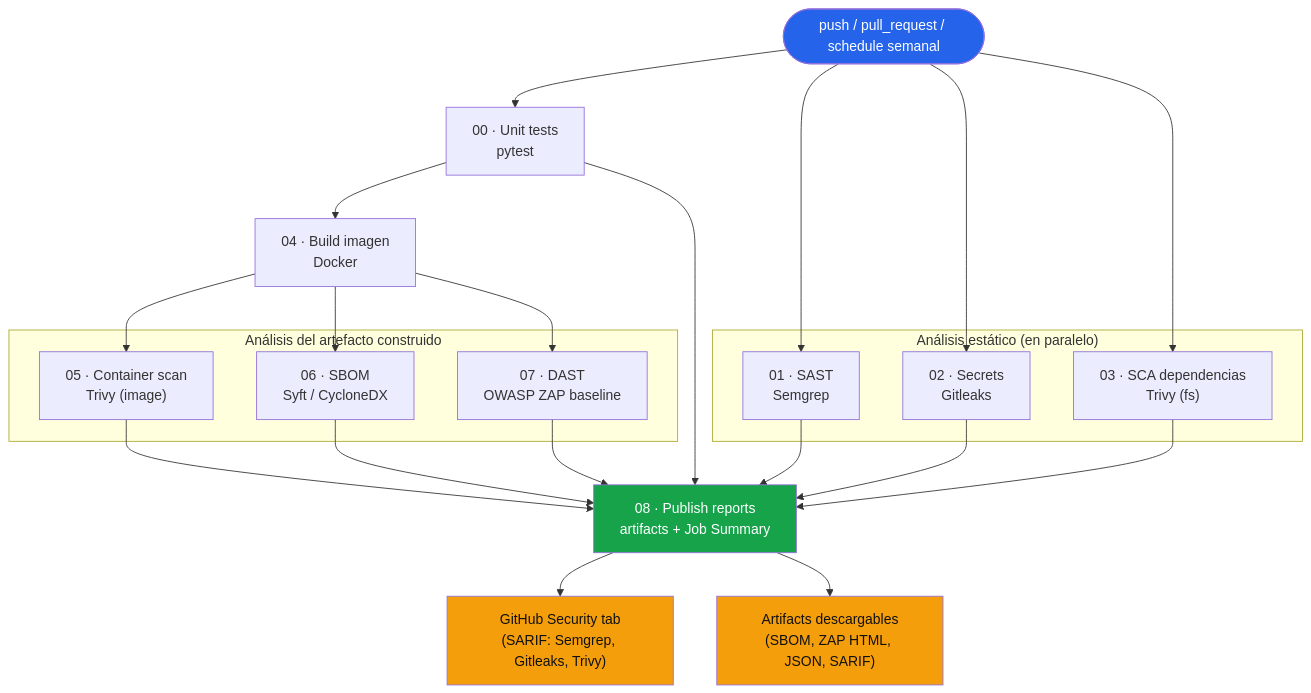
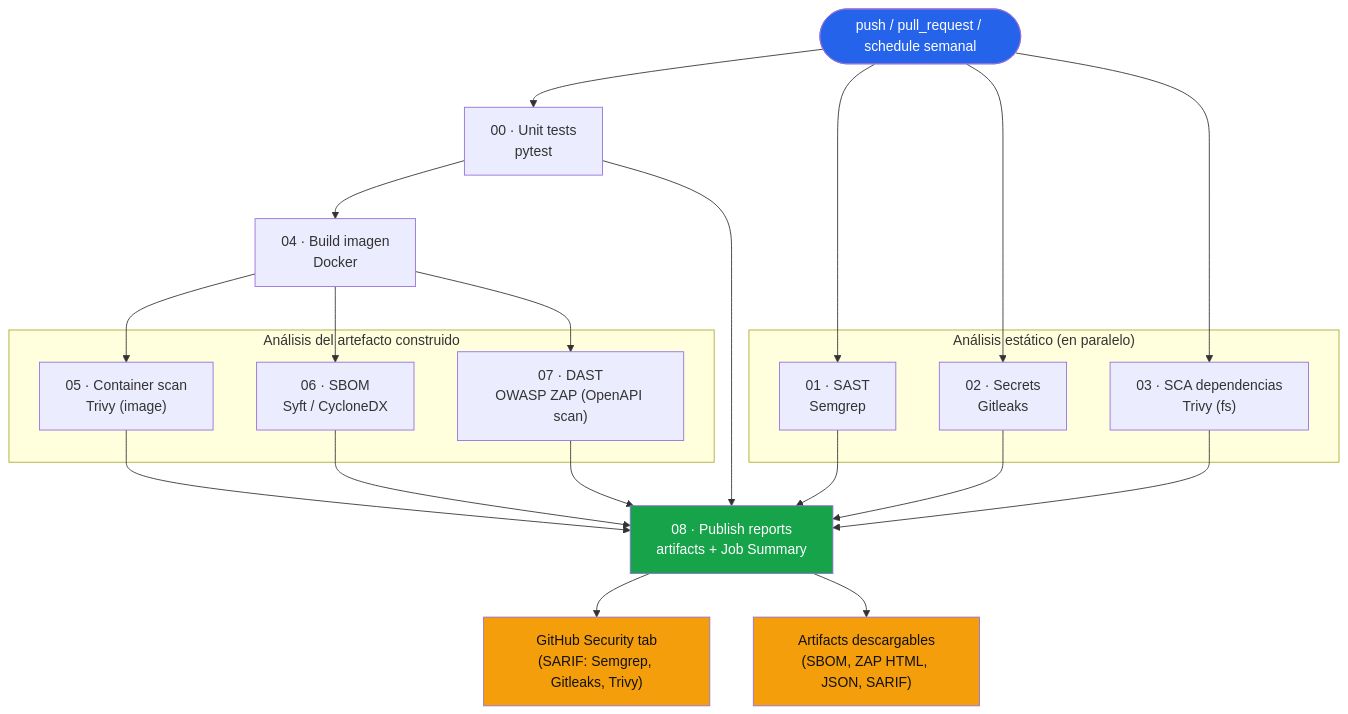
Before and after one commit to 108M/Pipeline-DevSecOps: the diagram in README.md, drawn with Mermaid. The commit also changed other lines of this file and 8 other files, not shown here.

Commit message:
fix(ci): switch ZAP DAST to OpenAPI-driven active scan, disable auto issue-filing

````diff
--- a/README.md
+++ b/README.md
@@ -116,42 +116,42 @@
 ```mermaid
 flowchart TD
     trigger(["push / pull_request / schedule semanal"]) --> tests
     trigger --> sast
     trigger --> secrets
     trigger --> sca
 
     tests["00 · Unit tests<br/>pytest"] --> build
 
     subgraph Análisis_estático["Análisis estático (en paralelo)"]
         sast["01 · SAST<br/>Semgrep"]
         secrets["02 · Secrets<br/>Gitleaks"]
         sca["03 · SCA dependencias<br/>Trivy (fs)"]
     end
 
     build["04 · Build imagen<br/>Docker"] --> imgscan
     build --> sbom
     build --> dast
 
     subgraph Análisis_de_artefacto["Análisis del artefacto construido"]
         imgscan["05 · Container scan<br/>Trivy (image)"]
         sbom["06 · SBOM<br/>Syft / CycloneDX"]
-        dast["07 · DAST<br/>OWASP ZAP baseline"]
+        dast["07 · DAST<br/>OWASP ZAP (OpenAPI scan)"]
     end
 
     tests --> publish
     sast --> publish
     secrets --> publish
     sca --> publish
     imgscan --> publish
     sbom --> publish
     dast --> publish
 
     publish["08 · Publish reports<br/>artifacts + Job Summary"]
     publish --> security["GitHub Security tab<br/>(SARIF: Semgrep, Gitleaks, Trivy)"]
     publish --> artifacts["Artifacts descargables<br/>(SBOM, ZAP HTML, JSON, SARIF)"]
 
     style trigger fill:#2563eb,color:#fff
     style publish fill:#16a34a,color:#fff
     style security fill:#f59e0b,color:#111
     style artifacts fill:#f59e0b,color:#111
 ```
````
